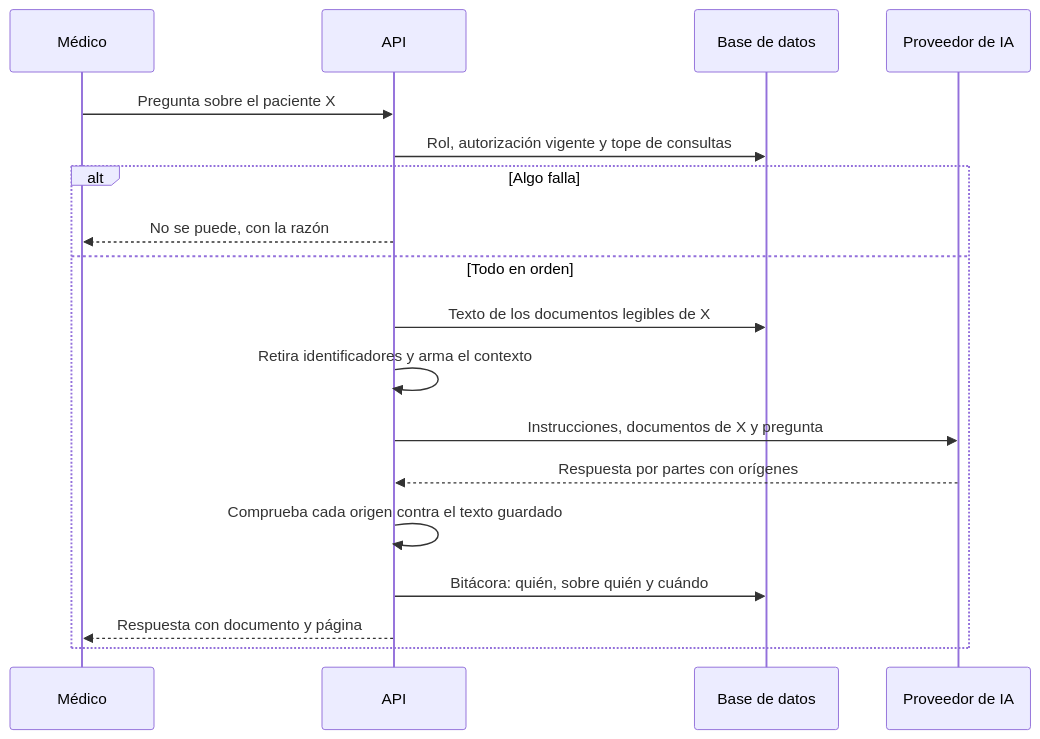
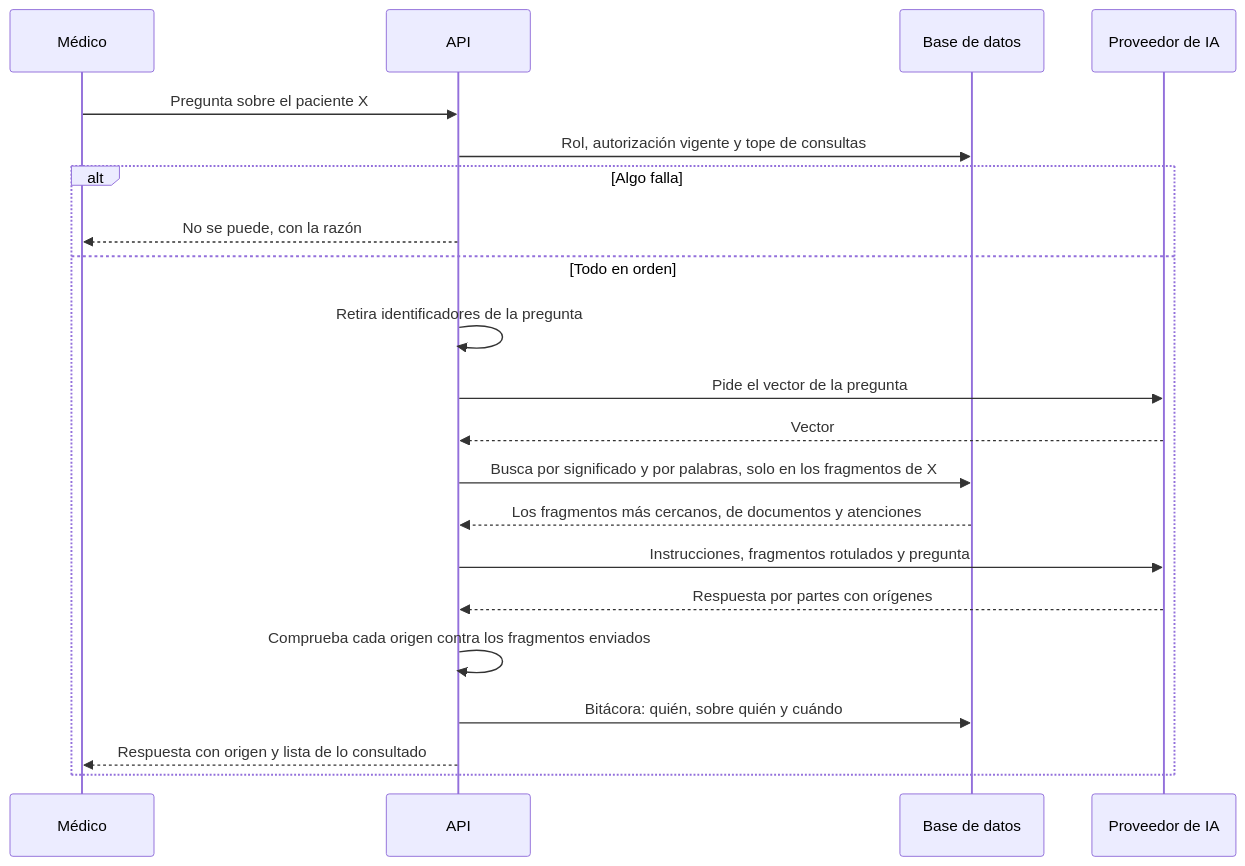
One commit to JAOSjavi/vitalia changed the eighth of 14 diagrams in diseno/06-diagramas-de-arquitectura.md. Above: the diagram before and after it, drawn with Mermaid. The commit also changed other lines of this file and 19 other files, not shown here.

First line of the commit message:
El asistente busca fragmentos (RAG) en documentos y atenciones (D-30)

````diff
--- a/diseno/06-diagramas-de-arquitectura.md
+++ b/diseno/06-diagramas-de-arquitectura.md
@@ -215,21 +221,24 @@
 ```mermaid
 sequenceDiagram
     participant M as Médico
     participant A as API
     participant B as Base de datos
     participant I as Proveedor de IA
 
     M->>A: Pregunta sobre el paciente X
     A->>B: Rol, autorización vigente y tope de consultas
     alt Algo falla
         A-->>M: No se puede, con la razón
     else Todo en orden
-        A->>B: Texto de los documentos legibles de X
-        A->>A: Retira identificadores y arma el contexto
-        A->>I: Instrucciones, documentos de X y pregunta
+        A->>A: Retira identificadores de la pregunta
+        A->>I: Pide el vector de la pregunta
+        I-->>A: Vector
+        A->>B: Busca por significado y por palabras, solo en los fragmentos de X
+        B-->>A: Los fragmentos más cercanos, de documentos y atenciones
+        A->>I: Instrucciones, fragmentos rotulados y pregunta
         I-->>A: Respuesta por partes con orígenes
-        A->>A: Comprueba cada origen contra el texto guardado
+        A->>A: Comprueba cada origen contra los fragmentos enviados
         A->>B: Bitácora: quién, sobre quién y cuándo
-        A-->>M: Respuesta con documento y página
+        A-->>M: Respuesta con origen y lista de lo consultado
     end
 ```
````
